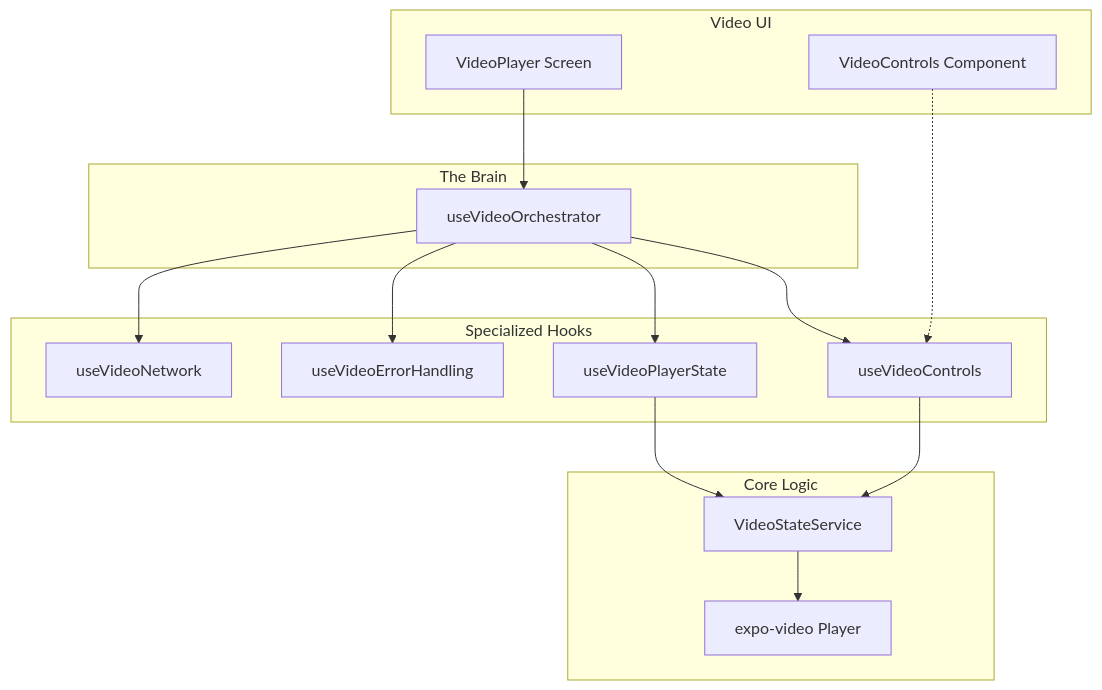
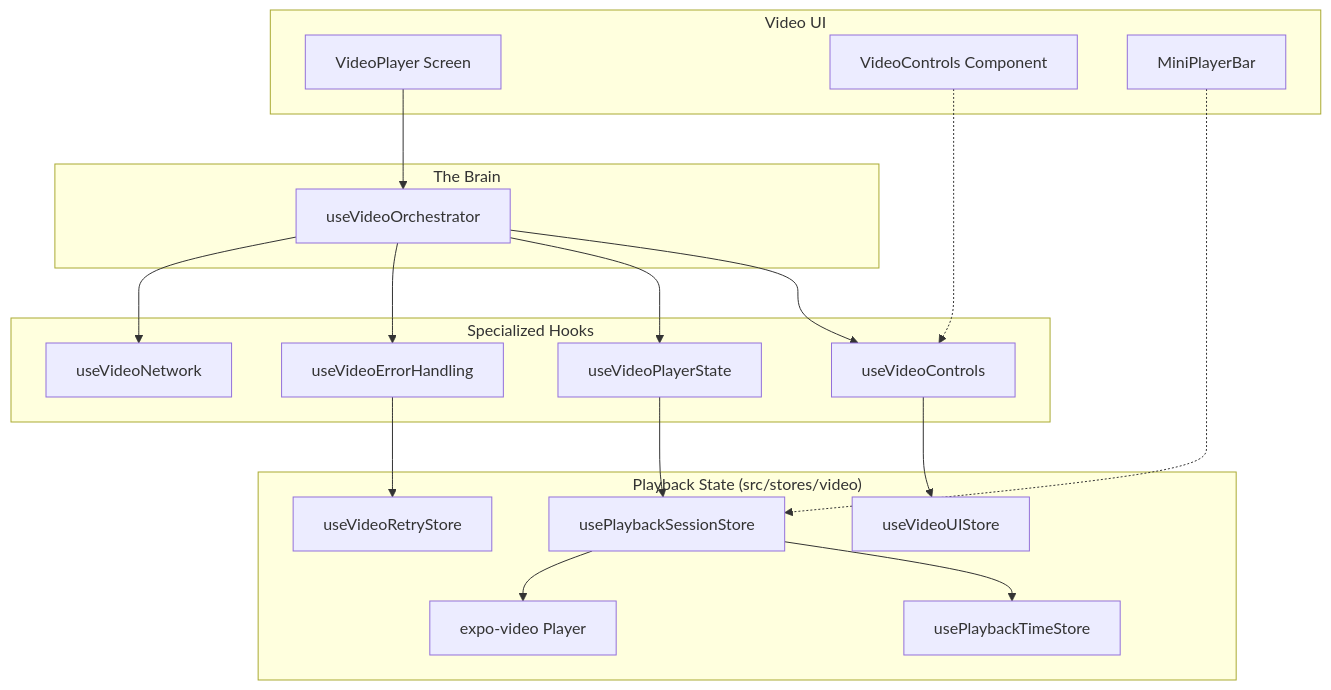
Before and after one commit to eirikeg1/media-player: the third of 3 diagrams in docs/system-architecture.md, drawn with Mermaid. The commit also changed other lines of this file and 326 other files, not shown here.

````diff
--- a/docs/system-architecture.md
+++ b/docs/system-architecture.md
@@ -82,35 +97,42 @@
 ```mermaid
 graph TD
     subgraph "Video UI"
         Screen["VideoPlayer Screen"]
         UI_Controls["VideoControls Component"]
+        Mini["MiniPlayerBar"]
     end
 
     subgraph "The Brain"
         Orchestrator["useVideoOrchestrator"]
     end
 
     subgraph "Specialized Hooks"
         H_Net["useVideoNetwork"]
         H_Err["useVideoErrorHandling"]
         H_State["useVideoPlayerState"]
         H_Ctrl["useVideoControls"]
     end
 
-    subgraph "Core Logic"
-        Service["VideoStateService"]
+    subgraph "Playback State (src/stores/video)"
+        Session["usePlaybackSessionStore"]
+        Time["usePlaybackTimeStore"]
+        UIStore["useVideoUIStore"]
+        Retry["useVideoRetryStore"]
         ExpoVideo["expo-video Player"]
     end
 
     Screen --> Orchestrator
     Orchestrator --> H_Net
     Orchestrator --> H_Err
     Orchestrator --> H_State
     Orchestrator --> H_Ctrl
-    
-    H_State --> Service
-    Service --> ExpoVideo
-    H_Ctrl --> Service
-    
+
+    H_State --> Session
+    H_Ctrl --> UIStore
+    H_Err --> Retry
+    Session --> ExpoVideo
+    Session --> Time
+    Mini -.-> Session
+
     UI_Controls -.-> H_Ctrl
 ```
````
